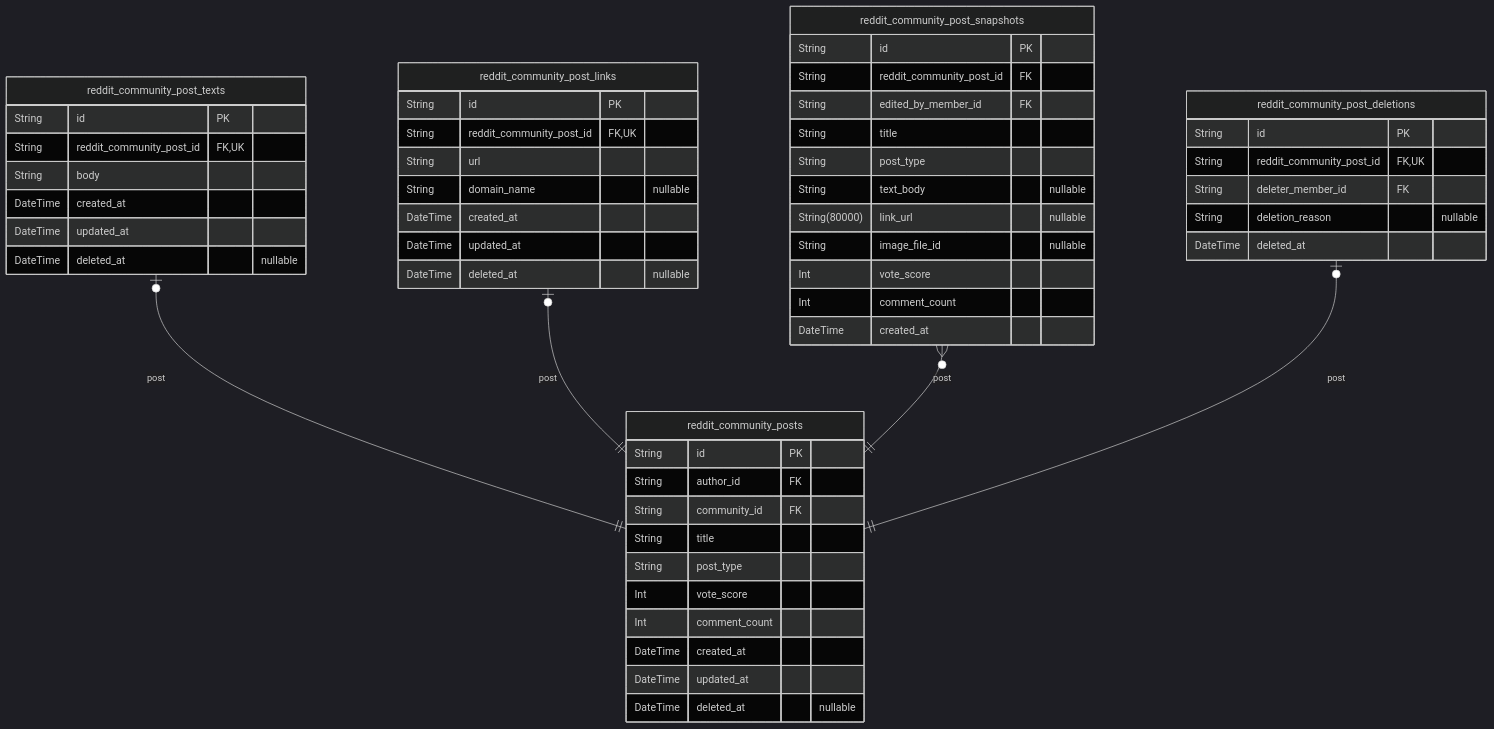
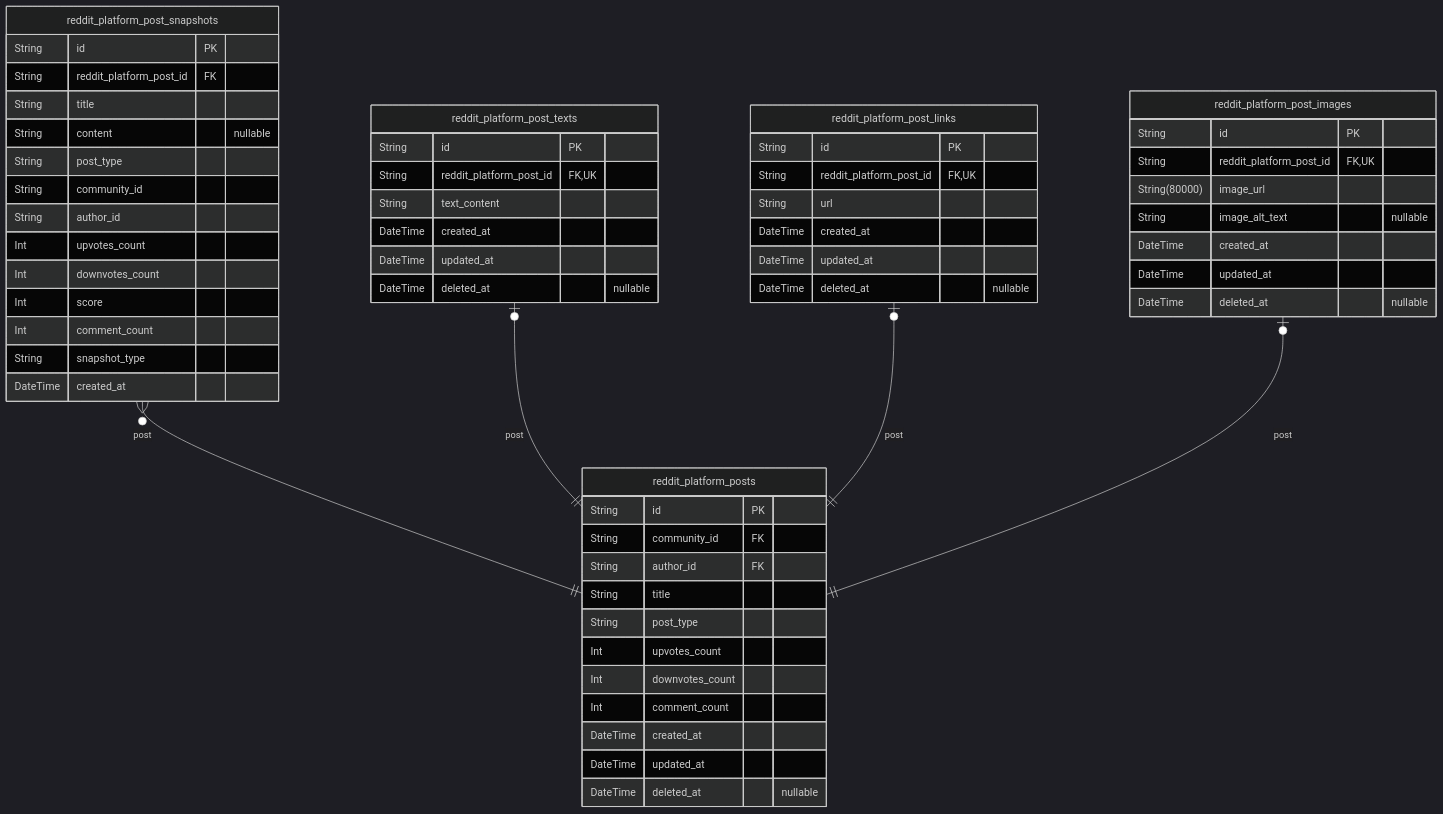
One commit to wrtnlabs/autobe-examples changed the fourth of 8 diagrams in qwen/qwen3.5-35b-a3b/reddit/docs/ERD.md. Above: the diagram before and after it, drawn with Mermaid (dark theme). The commit also changed other lines of this file and 32093 other files, not shown here.

````diff
--- a/qwen/qwen3.5-35b-a3b/reddit/docs/ERD.md
+++ b/qwen/qwen3.5-35b-a3b/reddit/docs/ERD.md
@@ -516,56 +713,60 @@
 ```mermaid
 erDiagram
-"reddit_community_posts" {
+"reddit_platform_posts" {
   String id PK
+  String community_id FK
   String author_id FK
-  String community_id FK
   String title
   String post_type
-  Int vote_score
+  Int upvotes_count
+  Int downvotes_count
   Int comment_count
   DateTime created_at
   DateTime updated_at
   DateTime deleted_at "nullable"
 }
-"reddit_community_post_texts" {
+"reddit_platform_post_snapshots" {
   String id PK
-  String reddit_community_post_id FK,UK
-  String body
+  String reddit_platform_post_id FK
+  String title
+  String content "nullable"
+  String post_type
+  String community_id
+  String author_id
+  Int upvotes_count
+  Int downvotes_count
+  Int score
+  Int comment_count
+  String snapshot_type
+  DateTime created_at
+}
+"reddit_platform_post_texts" {
+  String id PK
+  String reddit_platform_post_id FK,UK
+  String text_content
   DateTime created_at
   DateTime updated_at
   DateTime deleted_at "nullable"
 }
-"reddit_community_post_links" {
+"reddit_platform_post_links" {
   String id PK
-  String reddit_community_post_id FK,UK
+  String reddit_platform_post_id FK,UK
   String url
-  String domain_name "nullable"
   DateTime created_at
   DateTime updated_at
   DateTime deleted_at "nullable"
 }
-"reddit_community_post_snapshots" {
+"reddit_platform_post_images" {
   String id PK
-  String reddit_community_post_id FK
-  String edited_by_member_id FK
-  String title
-  String post_type
-  String text_body "nullable"
-  String(80000) link_url "nullable"
-  String image_file_id "nullable"
-  Int vote_score
-  Int comment_count
+  String reddit_platform_post_id FK,UK
+  String(80000) image_url
+  String image_alt_text "nullable"
   DateTime created_at
+  DateTime updated_at
+  DateTime deleted_at "nullable"
 }
-"reddit_community_post_deletions" {
-  String id PK
-  String reddit_community_post_id FK,UK
-  String deleter_member_id FK
-  String deletion_reason "nullable"
-  DateTime deleted_at
-}
-"reddit_community_post_texts" |o--|| "reddit_community_posts" : post
-"reddit_community_post_links" |o--|| "reddit_community_posts" : post
-"reddit_community_post_snapshots" }o--|| "reddit_community_posts" : post
-"reddit_community_post_deletions" |o--|| "reddit_community_posts" : post
+"reddit_platform_post_snapshots" }o--|| "reddit_platform_posts" : post
+"reddit_platform_post_texts" |o--|| "reddit_platform_posts" : post
+"reddit_platform_post_links" |o--|| "reddit_platform_posts" : post
+"reddit_platform_post_images" |o--|| "reddit_platform_posts" : post
 ```
````
